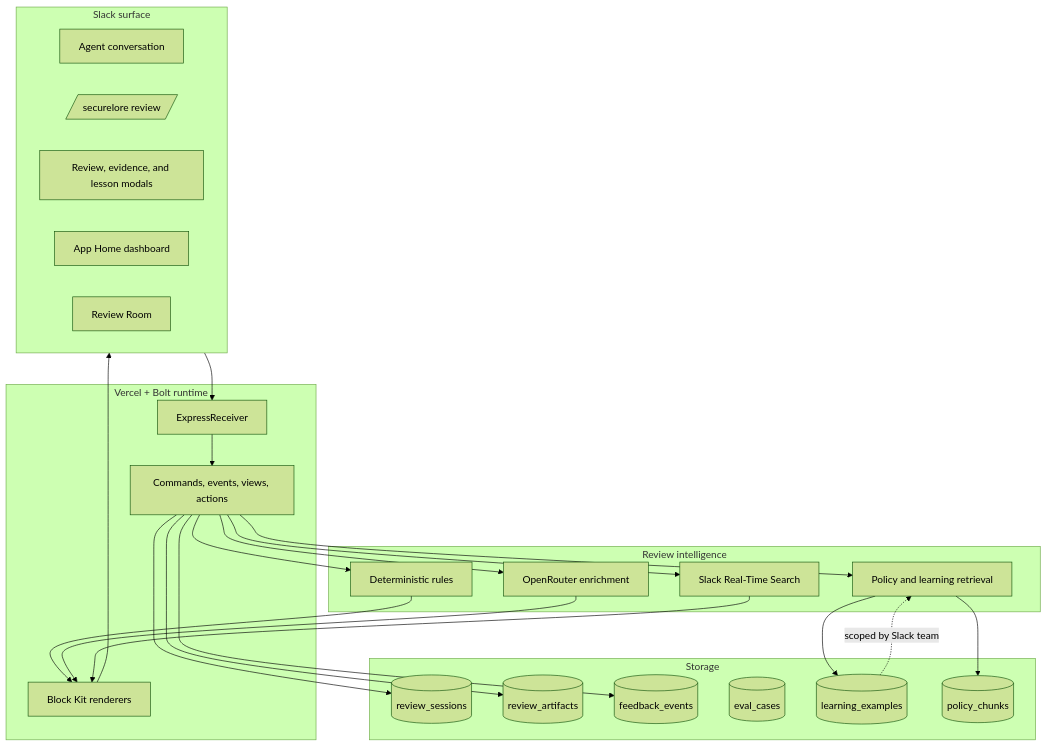
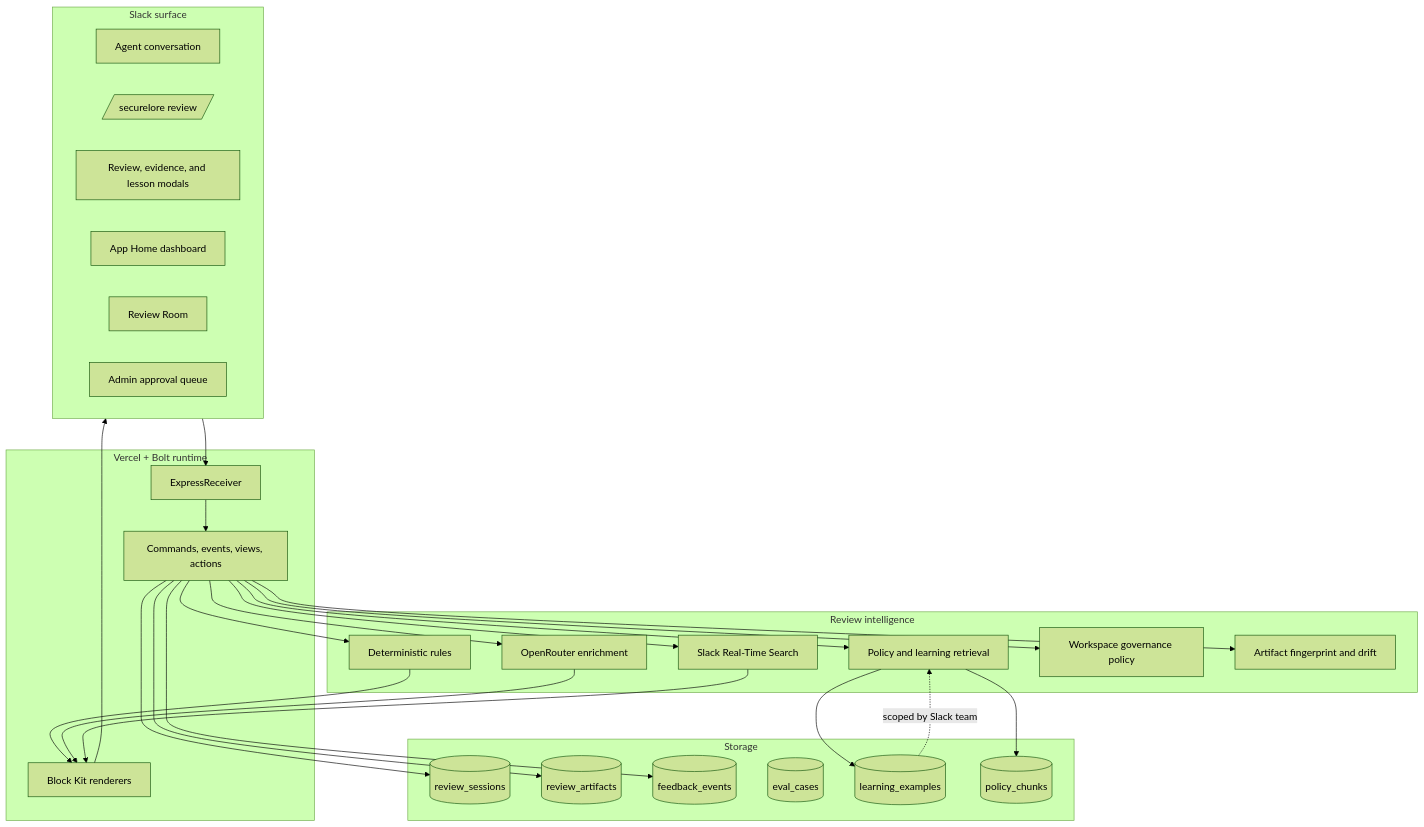
One commit to N-45div/SecureLore changed the fifth of 5 diagrams in ARCHITECTURE.md. Above: the diagram before and after it, drawn with Mermaid (forest theme). The commit also changed other lines of this file and 5 other files, not shown here.

Commit message:
test: cover policy evidence and approval drift

````diff
--- a/ARCHITECTURE.md
+++ b/ARCHITECTURE.md
@@ -96,49 +102,54 @@
 ```mermaid
 flowchart TD
   subgraph Slack_Surface[Slack surface]
     AgentSurface[Agent conversation]
     Slash[/securelore review/]
     Modal[Review, evidence, and lesson modals]
     Home[App Home dashboard]
     Room[Review Room]
+    Queue[Admin approval queue]
   end
 
   subgraph App_Runtime[Vercel + Bolt runtime]
     Receiver[ExpressReceiver]
     Handlers[Commands, events, views, actions]
     Renderers[Block Kit renderers]
   end
 
   subgraph Intelligence[Review intelligence]
     Core[Deterministic rules]
     Enrichment[OpenRouter enrichment]
     Memory[Policy and learning retrieval]
     RTS[Slack Real-Time Search]
+    Policy[Workspace governance policy]
+    Fingerprint[Artifact fingerprint and drift]
   end
 
   subgraph Storage[Storage]
     Sessions[(review_sessions)]
     Artifacts[(review_artifacts)]
     Feedback[(feedback_events)]
     Evals[(eval_cases)]
     Lessons[(learning_examples)]
     Policies[(policy_chunks)]
   end
 
   Slack_Surface --> Receiver
   Receiver --> Handlers
   Handlers --> Core
   Handlers --> Enrichment
   Handlers --> Memory
   Handlers --> RTS
+  Handlers --> Policy
+  Handlers --> Fingerprint
   Memory --> Policies
   Memory --> Lessons
   Lessons -. scoped by Slack team .-> Memory
   Handlers --> Sessions
   Handlers --> Artifacts
   Handlers --> Feedback
   Core --> Renderers
   Enrichment --> Renderers
   RTS --> Renderers
   Renderers --> Slack_Surface
 ```
````
